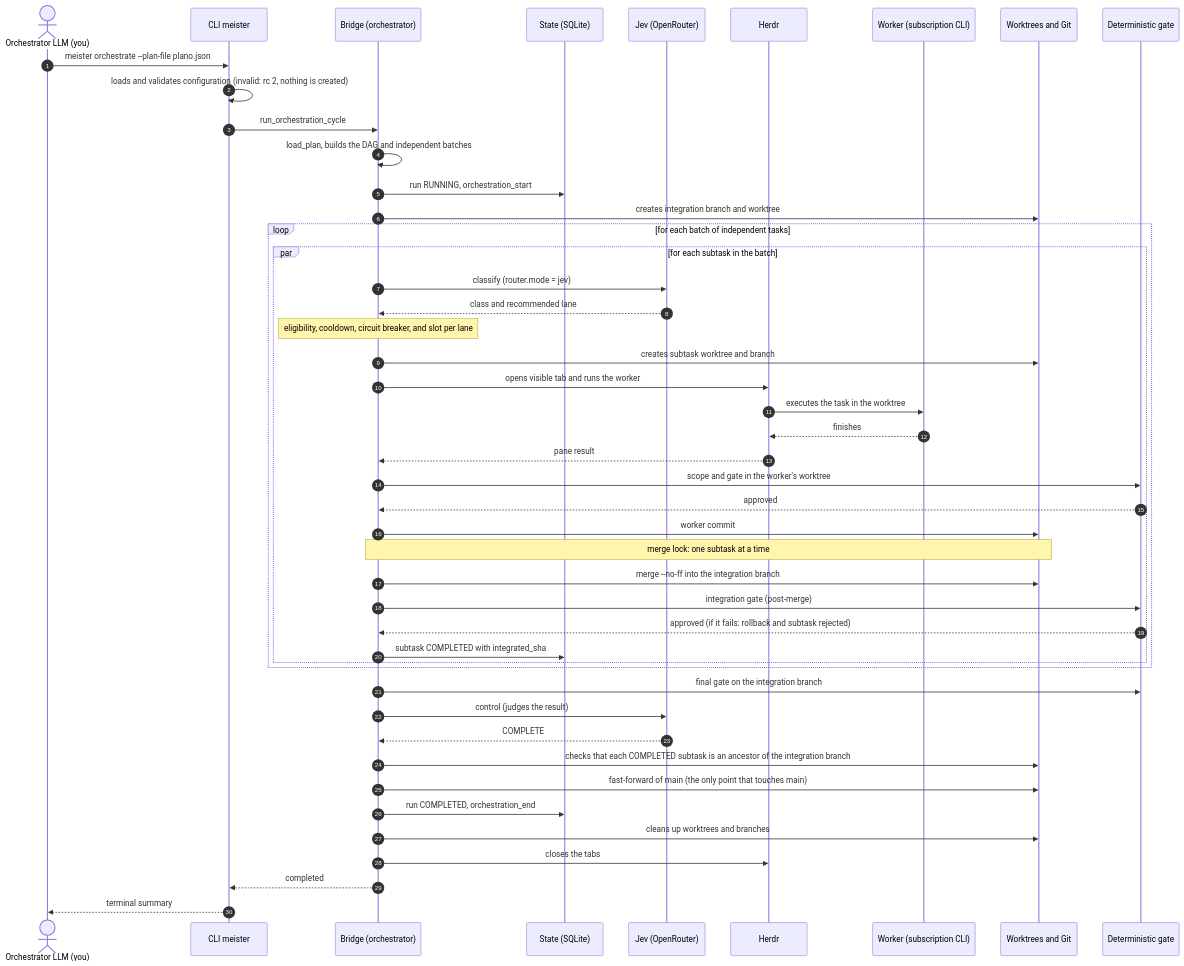
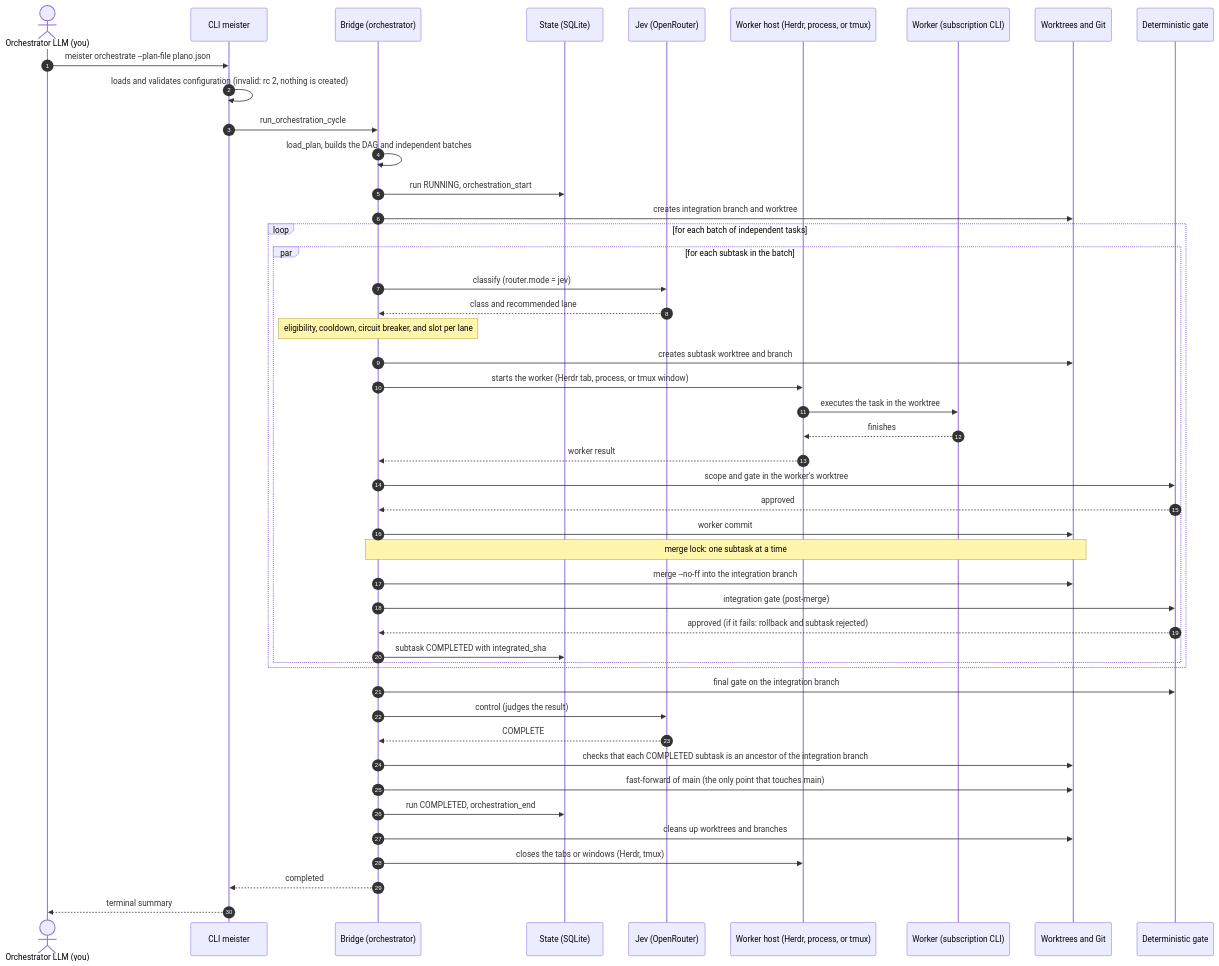
Before and after one commit to CristianonCarvalho/meisterrouter: the third of 13 diagrams in docs/diagrams.md, drawn with Mermaid. The commit also changed other lines of this file and 3 other files, not shown here.

````diff
--- a/docs/diagrams.md
+++ b/docs/diagrams.md
@@ -167,52 +174,52 @@
 ```mermaid
 sequenceDiagram
   autonumber
   actor O as Orchestrator LLM (you)
   participant C as CLI meister
   participant B as Bridge (orchestrator)
   participant S as State (SQLite)
   participant J as Jev (OpenRouter)
-  participant H as Herdr
+  participant H as Worker host (Herdr, process, or tmux)
   participant W as Worker (subscription CLI)
   participant T as Worktrees and Git
   participant G as Deterministic gate
 
   O->>C: meister orchestrate --plan-file plano.json
   C->>C: loads and validates configuration (invalid: rc 2, nothing is created)
   C->>B: run_orchestration_cycle
   B->>B: load_plan, builds the DAG and independent batches
   B->>S: run RUNNING, orchestration_start
   B->>T: creates integration branch and worktree
 
   loop for each batch of independent tasks
     par for each subtask in the batch
       B->>J: classify (router.mode = jev)
       J-->>B: class and recommended lane
       Note over B: eligibility, cooldown, circuit breaker, and slot per lane
       B->>T: creates subtask worktree and branch
-      B->>H: opens visible tab and runs the worker
+      B->>H: starts the worker (Herdr tab, process, or tmux window)
       H->>W: executes the task in the worktree
       W-->>H: finishes
-      H-->>B: pane result
+      H-->>B: worker result
       B->>G: scope and gate in the worker's worktree
       G-->>B: approved
       B->>T: worker commit
       Note over B,T: merge lock: one subtask at a time
       B->>T: merge --no-ff into the integration branch
       B->>G: integration gate (post-merge)
       G-->>B: approved (if it fails: rollback and subtask rejected)
       B->>S: subtask COMPLETED with integrated_sha
     end
   end
 
   B->>G: final gate on the integration branch
   B->>J: control (judges the result)
   J-->>B: COMPLETE
   B->>T: checks that each COMPLETED subtask is an ancestor of the integration branch
   B->>T: fast-forward of main (the only point that touches main)
   B->>S: run COMPLETED, orchestration_end
   B->>T: cleans up worktrees and branches
-  B->>H: closes the tabs
+  B->>H: closes the tabs or windows (Herdr, tmux)
   B-->>C: completed
   C-->>O: terminal summary
 ```
````
